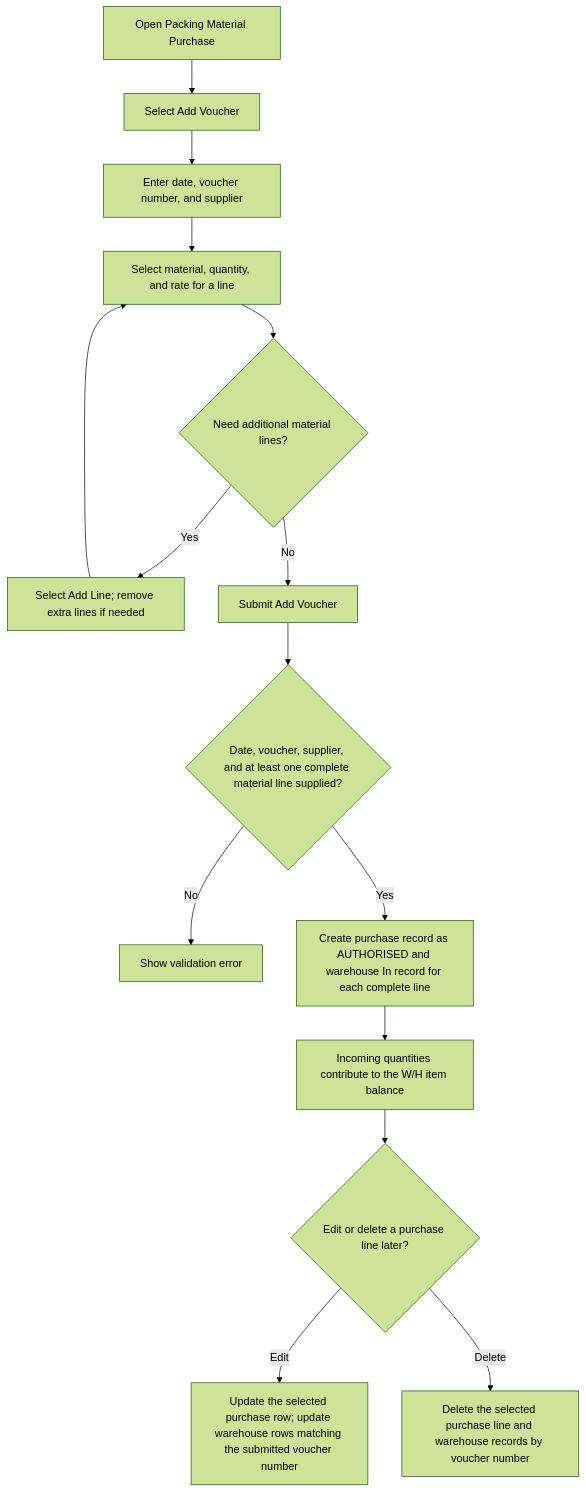
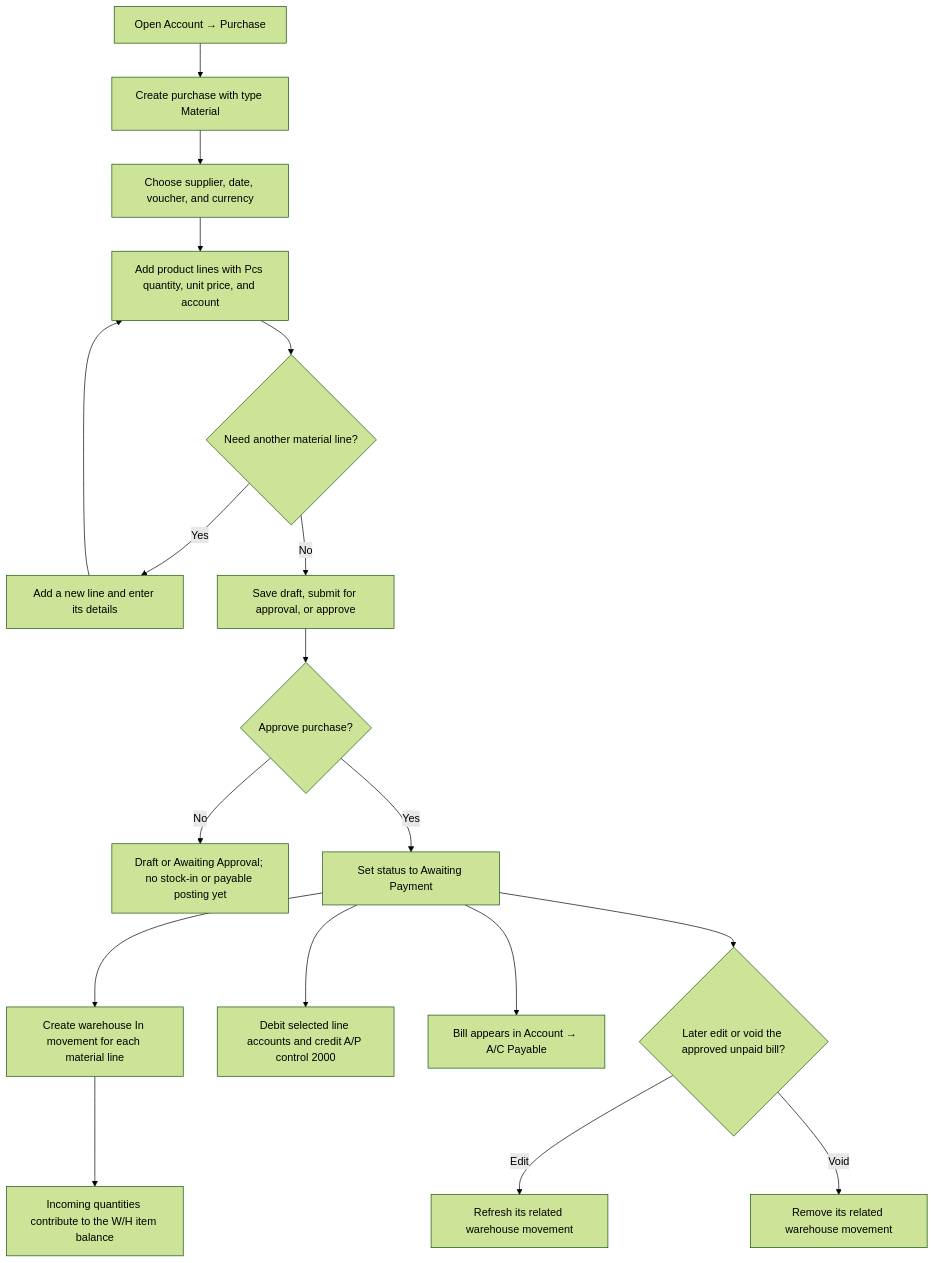
The third of 4 diagrams in UserFlowDiagrams/Packing Material/packingMaterialWarehouseUserFlowDiagram.md (ThawHtooZin/LMS), drawn with Mermaid (forest theme) before and after one commit. The commit also changed other lines of this file and 25 other files, not shown here.

Commit message:
Made some changes in Account Diagrams and added new ones in Packing Material

````diff
--- a/UserFlowDiagrams/Packing Material/packingMaterialWarehouseUserFlowDiagram.md
+++ b/UserFlowDiagrams/Packing Material/packingMaterialWarehouseUserFlowDiagram.md
@@ -41,17 +42,20 @@
 ```mermaid
 flowchart TD
-    A[Open Packing Material Purchase] --> B[Select Add Voucher]
-    B --> C[Enter date, voucher number, and supplier]
-    C --> D[Select material, quantity, and rate for a line]
-    D --> E{Need additional material lines?}
-    E -->|Yes| F[Select Add Line; remove extra lines if needed]
+    A[Open Account → Purchase] --> B[Create purchase with type Material]
+    B --> C[Choose supplier, date, voucher, and currency]
+    C --> D[Add product lines with Pcs quantity, unit price, and account]
+    D --> E{Need another material line?}
+    E -->|Yes| F[Add a new line and enter its details]
     F --> D
-    E -->|No| G[Submit Add Voucher]
-    G --> H{Date, voucher, supplier, and at least one complete material line supplied?}
-    H -->|No| I[Show validation error]
-    H -->|Yes| J[Create purchase record as AUTHORISED and warehouse In record for each complete line]
-    J --> K[Incoming quantities contribute to the W/H item balance]
-    K --> L{Edit or delete a purchase line later?}
-    L -->|Edit| M[Update the selected purchase row; update warehouse rows matching the submitted voucher number]
-    L -->|Delete| N[Delete the selected purchase line and warehouse records by voucher number]
+    E -->|No| G[Save draft, submit for approval, or approve]
+    G --> H{Approve purchase?}
+    H -->|No| I[Draft or Awaiting Approval; no stock-in or payable posting yet]
+    H -->|Yes| J[Set status to Awaiting Payment]
+    J --> K[Create warehouse In movement for each material line]
+    J --> L[Debit selected line accounts and credit A/P control 2000]
+    J --> M[Bill appears in Account → A/C Payable]
+    K --> N[Incoming quantities contribute to the W/H item balance]
+    J --> O{Later edit or void the approved unpaid bill?}
+    O -->|Edit| P[Refresh its related warehouse movement]
+    O -->|Void| Q[Remove its related warehouse movement]
 ```
````
